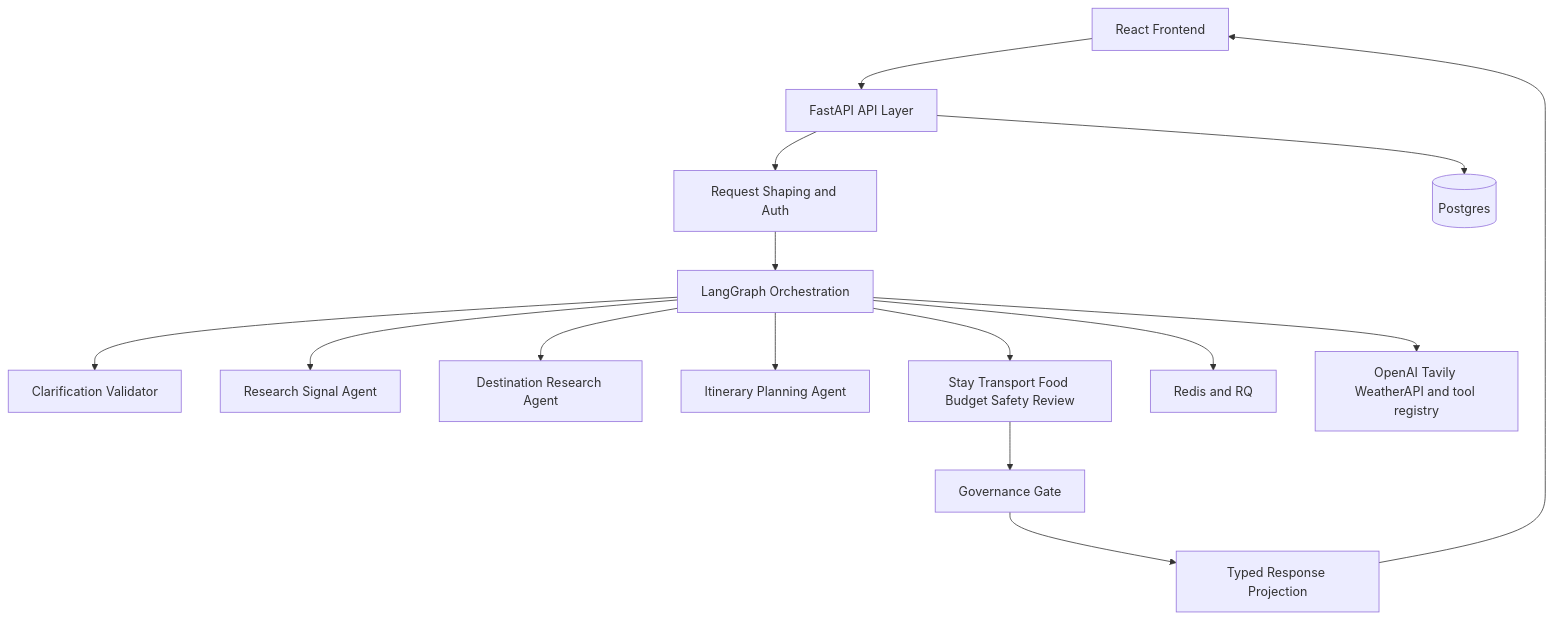
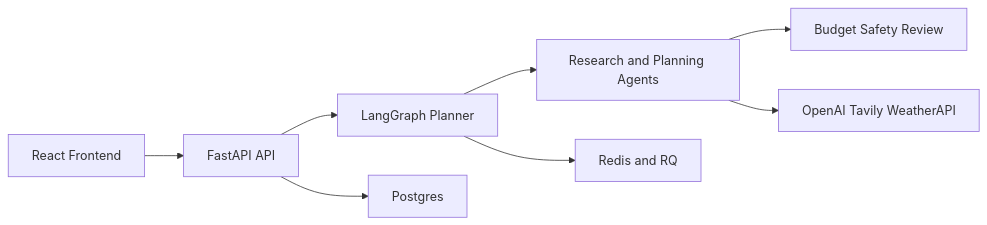
One commit to 0821naveen/AI-travel-Planner changed the diagram in README.md. Above: the diagram before and after it, drawn with Mermaid. The commit also changed other lines of this file, not shown here.

````diff
--- a/README.md
+++ b/README.md
@@ -44,17 +48,10 @@
 ```mermaid
-flowchart TD
-    UI[React Frontend] --> API[FastAPI API Layer]
-    API --> AUTH[Request Shaping and Auth]
-    AUTH --> ORCH[LangGraph Orchestration]
-    ORCH --> N1[Clarification Validator]
-    ORCH --> N2[Research Signal Agent]
-    ORCH --> N3[Destination Research Agent]
-    ORCH --> N4[Itinerary Planning Agent]
-    ORCH --> N5[Stay Transport Food Budget Safety Review]
-    N5 --> GOV[Governance Gate]
-    GOV --> RESP[Typed Response Projection]
-    ORCH --> REDIS[Redis and RQ]
-    API --> PG[(Postgres)]
-    ORCH --> TOOLS[OpenAI Tavily WeatherAPI and tool registry]
-    RESP --> UI
+flowchart LR
+    A[React Frontend] --> B[FastAPI API]
+    B --> C[LangGraph Planner]
+    C --> D[Research and Planning Agents]
+    D --> E[Budget Safety Review]
+    C --> F[Redis and RQ]
+    B --> G[Postgres]
+    D --> H[OpenAI Tavily WeatherAPI]
 ```
````
